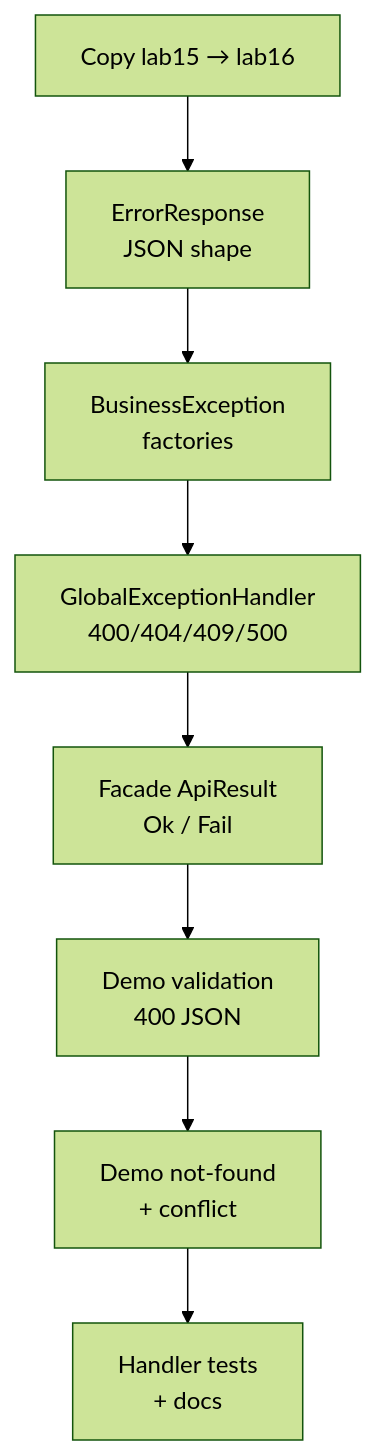
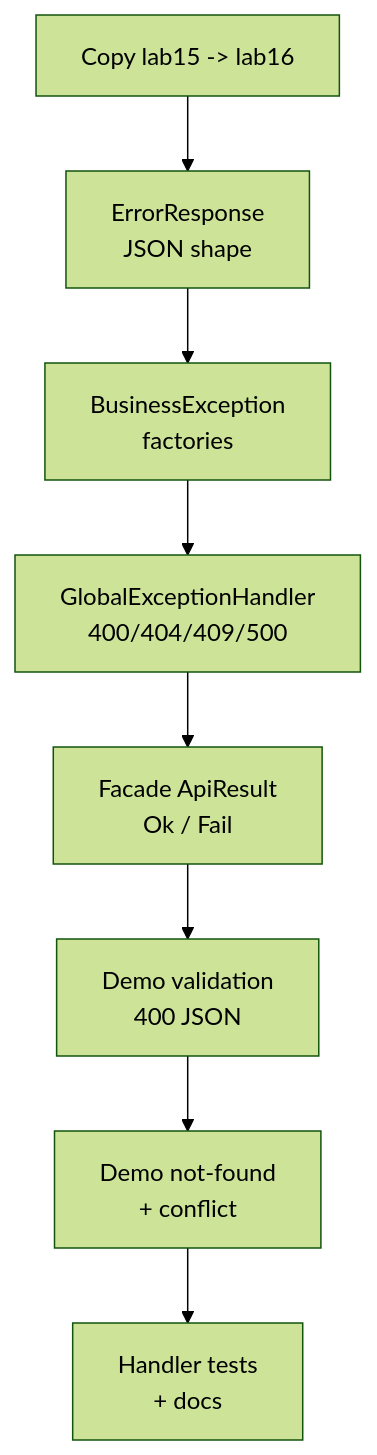
One commit to pupilliluke/bc-sw-engineer-java-participant changed the second of 2 diagrams in labs/Week 2 - Backend, AI Tools and Testing/module-16/lab16/LAB-16-GUIDE.md. Above: the diagram before and after it, drawn with Mermaid (forest theme). The commit also changed 55 other files, not shown here.

Commit message:
Stop publishing local screenshots; harden Mermaid for GitHub; sync only tracked lab files.

````diff
--- a/labs/Week 2 - Backend, AI Tools and Testing/module-16/lab16/LAB-16-GUIDE.md
+++ b/labs/Week 2 - Backend, AI Tools and Testing/module-16/lab16/LAB-16-GUIDE.md
@@ -106,10 +106,10 @@
 ```mermaid
 flowchart TD
-    A["Copy lab15 → lab16"] --> B["ErrorResponse<br/>JSON shape"]
+    A["Copy lab15 -> lab16"] --> B["ErrorResponse<br/>JSON shape"]
     B --> C["BusinessException<br/>factories"]
     C --> D["GlobalExceptionHandler<br/>400/404/409/500"]
     D --> E["Facade ApiResult<br/>Ok / Fail"]
     E --> F["Demo validation<br/>400 JSON"]
     F --> G["Demo not-found<br/>+ conflict"]
     G --> H["Handler tests<br/>+ docs"]
 ```
````
